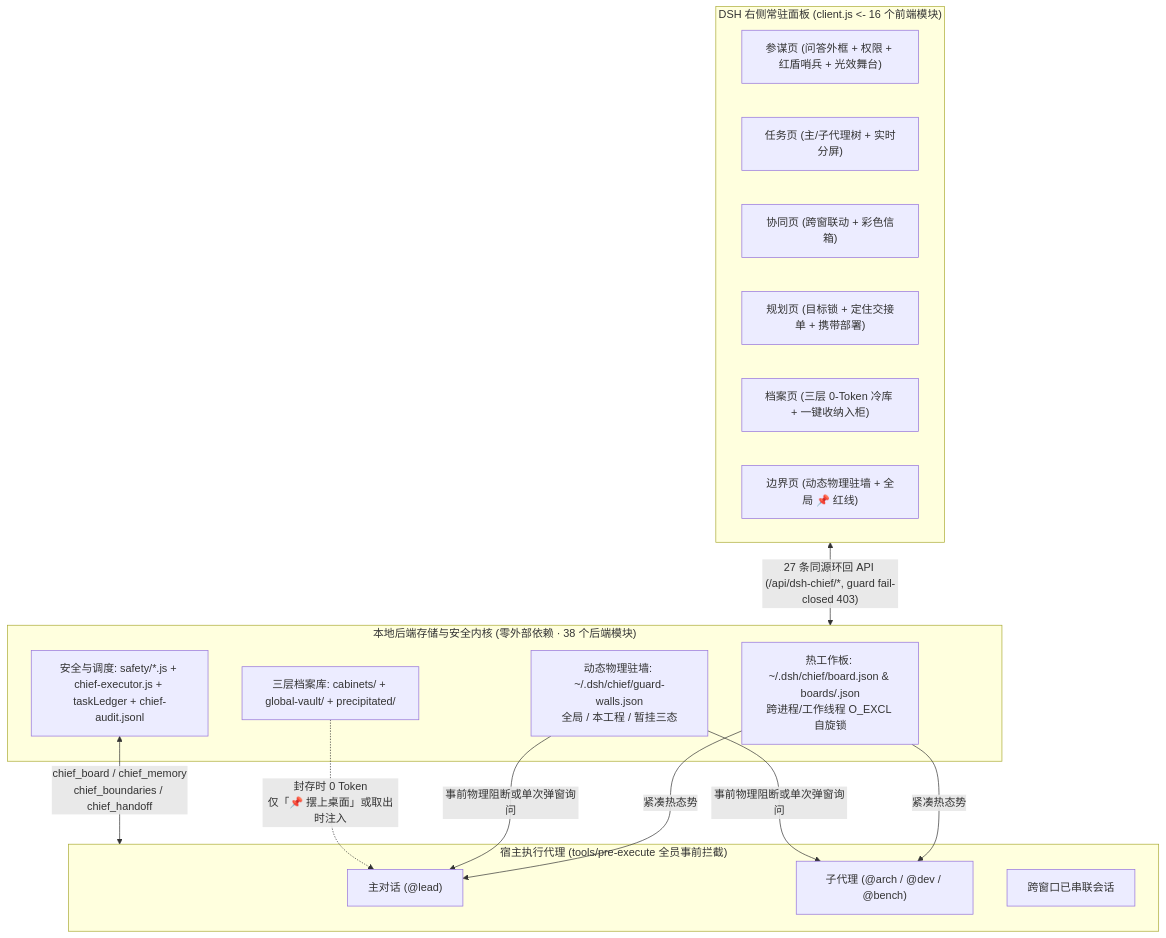
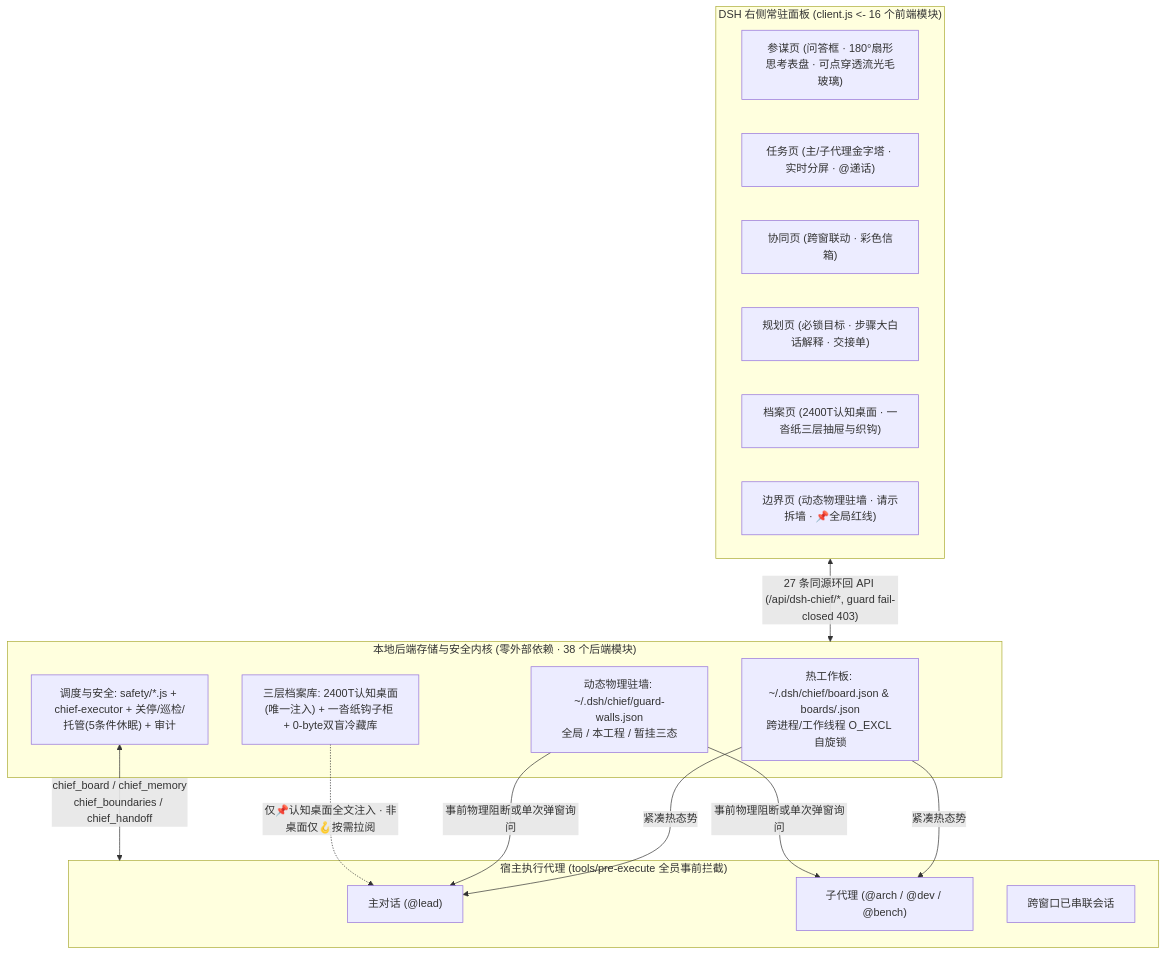
One commit to gluztm/dsh-chief changed the diagram in README.md. Above: the diagram before and after it, drawn with Mermaid. The commit also changed other lines of this file and 41 other files, not shown here.

````diff
--- a/README.md
+++ b/README.md
@@ -159,32 +170,32 @@
 ```mermaid
 flowchart TB
   subgraph UI["DSH 右侧常驻面板 (client.js <- 16 个前端模块)"]
-    T1["参谋页 (问答外框 + 权限 + 红盾哨兵 + 光效舞台)"]
-    T2["任务页 (主/子代理树 + 实时分屏)"]
-    T3["协同页 (跨窗联动 + 彩色信箱)"]
-    T4["规划页 (目标锁 + 定住交接单 + 携带部署)"]
-    T5["档案页 (三层 0-Token 冷库 + 一键收纳入柜)"]
-    T6["边界页 (动态物理驻墙 + 全局 📌 红线)"]
+    T1["参谋页 (问答框 · 180°扇形思考表盘 · 可点穿透流光毛玻璃)"]
+    T2["任务页 (主/子代理金字塔 · 实时分屏 · @递话)"]
+    T3["协同页 (跨窗联动 · 彩色信箱)"]
+    T4["规划页 (必锁目标 · 步骤大白话解释 · 交接单)"]
+    T5["档案页 (2400T认知桌面 · 一沓纸三层抽屉与织钩)"]
+    T6["边界页 (动态物理驻墙 · 请示拆墙 · 📌全局红线)"]
   end
 
   subgraph Core["本地后端存储与安全内核 (零外部依赖 · 38 个后端模块)"]
     Hot["热工作板: ~/.dsh/chief/board.json & boards/<sid>.json\n跨进程/工作线程 O_EXCL 自旋锁"]
     Walls["动态物理驻墙: ~/.dsh/chief/guard-walls.json\n全局 / 本工程 / 暂挂三态"]
-    Cold["三层档案库: cabinets/ + global-vault/ + precipitated/"]
-    Bus["安全与调度: safety/*.js + chief-executor.js + taskLedger + chief-audit.jsonl"]
+    Cold["三层档案库: 2400T认知桌面(唯一注入) + 一沓纸钩子柜 + 0-byte双盲冷藏库"]
+    Bus["调度与安全: safety/*.js + chief-executor + 关停/巡检/托管(5条件休眠) + 审计"]
   end
 
   subgraph Agents["宿主执行代理 (tools/pre-execute 全员事前拦截)"]
     Lead["主对话 (@lead)"]
     Subs["子代理 (@arch / @dev / @bench)"]
     Peers["跨窗口已串联会话"]
   end
 
   UI <-->|"27 条同源环回 API (/api/dsh-chief/*, guard fail-closed 403)"| Core
   Hot -->|"紧凑热态势"| Lead
   Hot -->|"紧凑热态势"| Subs
   Walls -->|"事前物理阻断或单次弹窗询问"| Lead
   Walls -->|"事前物理阻断或单次弹窗询问"| Subs
-  Cold -.->|"封存时 0 Token\n仅「📌 摆上桌面」或取出时注入"| Lead
+  Cold -.->|"仅📌认知桌面全文注入 · 非桌面仅🪝按需拉阅"| Lead
   Bus <-->|"chief_board / chief_memory\nchief_boundaries / chief_handoff"| Agents
 ```
````
